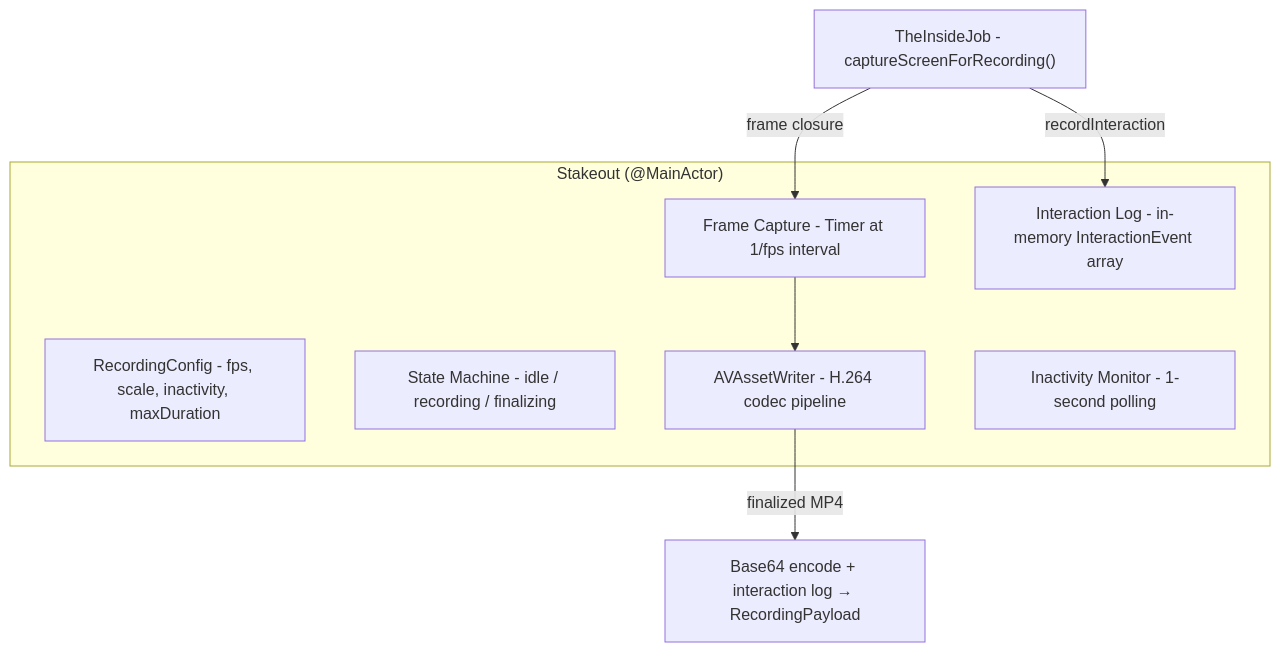
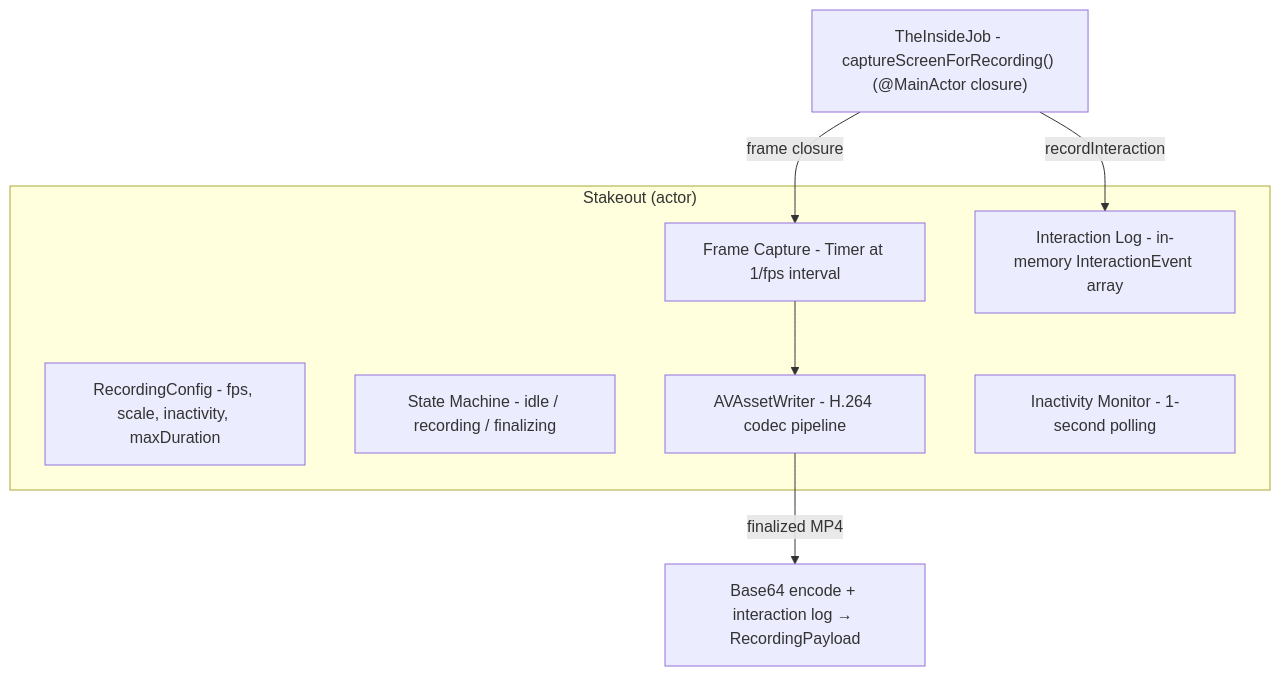
One commit to RoyalPineapple/TheButtonHeist changed the first of 4 diagrams in docs/dossiers/16-THESTAKEOUT.md. Above: the diagram before and after it, drawn with Mermaid. The commit also changed other lines of this file and 13 other files, not shown here.

````diff
--- a/docs/dossiers/16-THESTAKEOUT.md
+++ b/docs/dossiers/16-THESTAKEOUT.md
@@ -22,16 +22,16 @@
 ```mermaid
 graph TD
-    subgraph Stakeout["Stakeout (@MainActor)"]
+    subgraph Stakeout["Stakeout (actor)"]
         Config["RecordingConfig - fps, scale, inactivity, maxDuration"]
         State["State Machine - idle / recording / finalizing"]
         Capture["Frame Capture - Timer at 1/fps interval"]
         Encoder["AVAssetWriter - H.264 codec pipeline"]
         InactMon["Inactivity Monitor - 1-second polling"]
         IntLog["Interaction Log - in-memory InteractionEvent array"]
     end
 
-    TheInsideJob["TheInsideJob - captureScreenForRecording()"] -->|frame closure| Capture
+    TheInsideJob["TheInsideJob - captureScreenForRecording() (@MainActor closure)"] -->|frame closure| Capture
     TheInsideJob -->|recordInteraction| IntLog
     Capture --> Encoder
     Encoder -->|finalized MP4| Deliver["Base64 encode + interaction log → RecordingPayload"]
 ```
````
